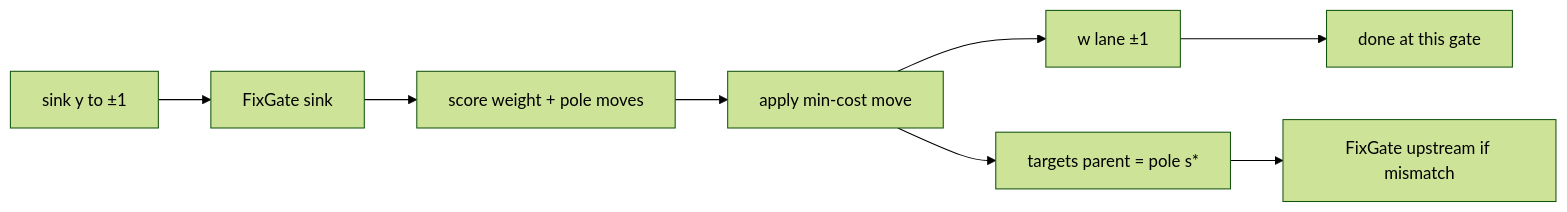
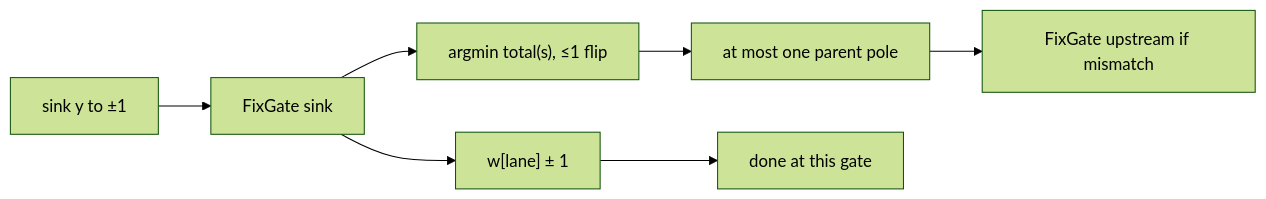
Before and after one commit to Binaml/binaml: the diagram in docs/boolean-circuit-exp-plan.md, drawn with Mermaid (forest theme). The commit also changed other lines of this file and 18 other files, not shown here.

````diff
--- a/docs/boolean-circuit-exp-plan.md
+++ b/docs/boolean-circuit-exp-plan.md
@@ -190,10 +171,9 @@
 ```mermaid
 flowchart LR
   y[sink y to ±1] --> FG[FixGate sink]
-  FG --> S[score weight + pole moves]
-  S --> M[apply min-cost move]
-  M --> W[w lane ±1]
-  M --> P[targets parent = pole s*]
+  FG --> W["w[lane] ± 1"]
+  FG --> S["argmin total(s), ≤1 flip"]
+  S --> P[at most one parent pole]
   P --> FG2[FixGate upstream if mismatch]
   W --> done[done at this gate]
 ```
````
